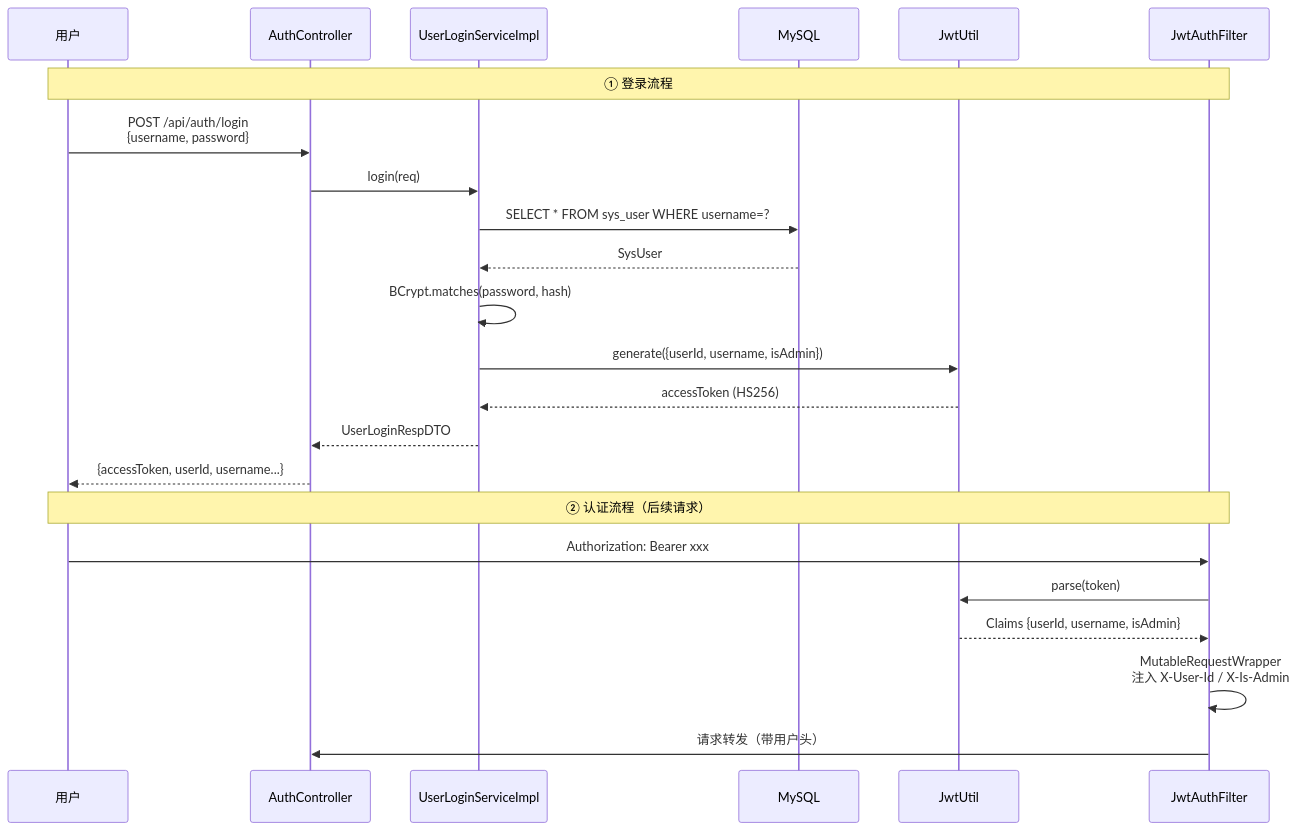
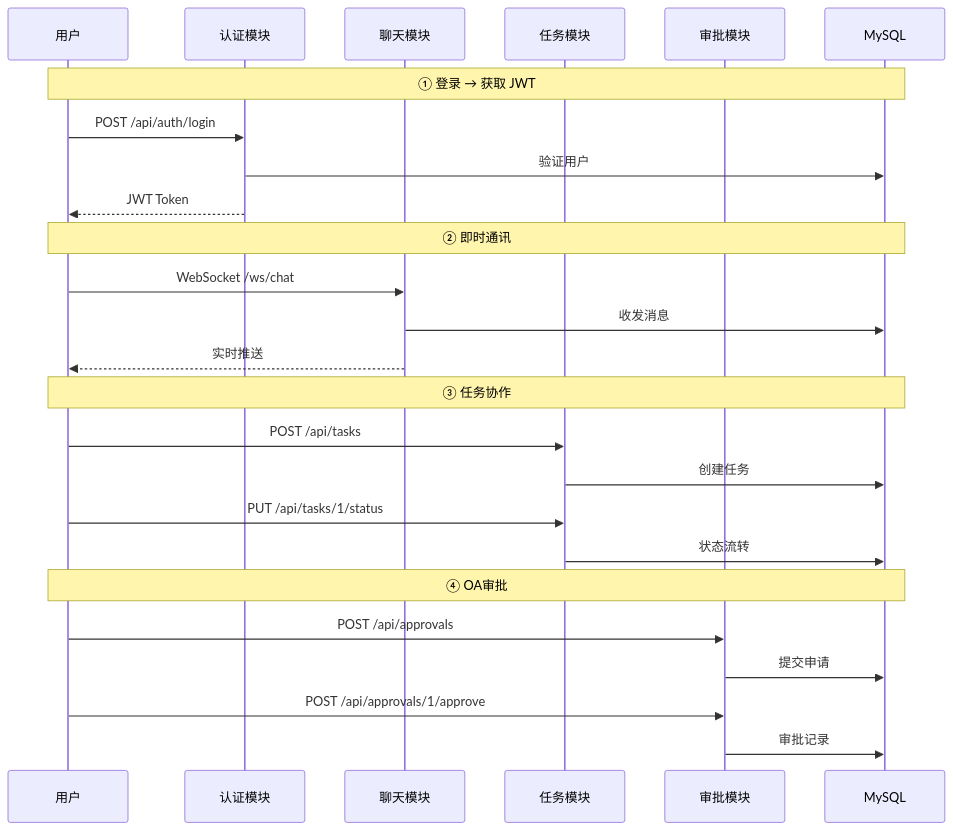
One commit to ZjlShenshiqing/EnterpriseKnowledgeWorkspace changed the second of 10 diagrams in docs/collaboration-service-code-analysis.md. Above: the diagram before and after it, drawn with Mermaid. The commit also changed other lines of this file, not shown here.

````diff
--- a/docs/collaboration-service-code-analysis.md
+++ b/docs/collaboration-service-code-analysis.md
@@ -67,27 +68,31 @@
 ```mermaid
 sequenceDiagram
     participant U as 用户
-    participant CTL as AuthController
-    participant SVC as UserLoginServiceImpl
+    participant AUTH as 认证模块
+    participant CHAT as 聊天模块
+    participant TASK as 任务模块
+    participant APPROVAL as 审批模块
     participant DB as MySQL
-    participant JWT as JwtUtil
-    participant FILTER as JwtAuthFilter
 
-    Note over U,FILTER: ① 登录流程
-    U->>CTL: POST /api/auth/login<br/>{username, password}
-    CTL->>SVC: login(req)
-    SVC->>DB: SELECT * FROM sys_user WHERE username=?
-    DB-->>SVC: SysUser
-    SVC->>SVC: BCrypt.matches(password, hash)
-    SVC->>JWT: generate({userId, username, isAdmin})
-    JWT-->>SVC: accessToken (HS256)
-    SVC-->>CTL: UserLoginRespDTO
-    CTL-->>U: {accessToken, userId, username...}
+    Note over U,DB: ① 登录 → 获取 JWT
+    U->>AUTH: POST /api/auth/login
+    AUTH->>DB: 验证用户
+    AUTH-->>U: JWT Token
 
-    Note over U,FILTER: ② 认证流程（后续请求）
-    U->>FILTER: Authorization: Bearer xxx
-    FILTER->>JWT: parse(token)
-    JWT-->>FILTER: Claims {userId, username, isAdmin}
-    FILTER->>FILTER: MutableRequestWrapper<br/>注入 X-User-Id / X-Is-Admin
-    FILTER->>CTL: 请求转发（带用户头）
+    Note over U,DB: ② 即时通讯
+    U->>CHAT: WebSocket /ws/chat
+    CHAT->>DB: 收发消息
+    CHAT-->>U: 实时推送
+
+    Note over U,DB: ③ 任务协作
+    U->>TASK: POST /api/tasks
+    TASK->>DB: 创建任务
+    U->>TASK: PUT /api/tasks/1/status
+    TASK->>DB: 状态流转
+
+    Note over U,DB: ④ OA审批
+    U->>APPROVAL: POST /api/approvals
+    APPROVAL->>DB: 提交申请
+    U->>APPROVAL: POST /api/approvals/1/approve
+    APPROVAL->>DB: 审批记录
 ```
````
